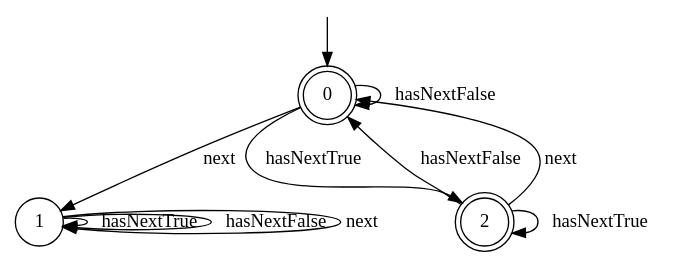
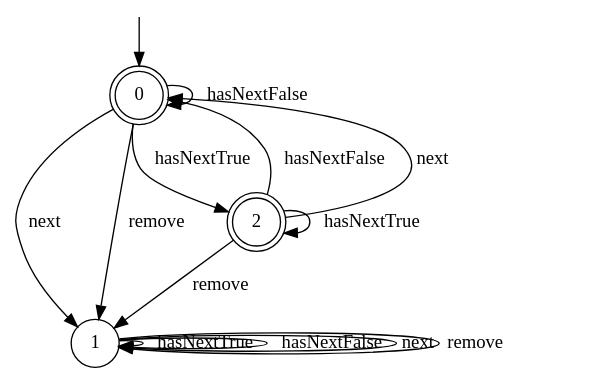
Before and after one commit to rasofema/fyp-specification-miner: the diagram in hyp.dot, drawn with Graphviz. The commit also changed 1 other file, not shown here.

```diff
--- a/hyp.dot
+++ b/hyp.dot
@@ -1,19 +1,22 @@
 digraph g {
 
 	s0 [shape="doublecircle" label="0"];
 	s1 [shape="circle" label="1"];
 	s2 [shape="doublecircle" label="2"];
 	s0 -> s2 [label="hasNextTrue"];
 	s0 -> s0 [label="hasNextFalse"];
 	s0 -> s1 [label="next"];
+	s0 -> s1 [label="remove"];
 	s1 -> s1 [label="hasNextTrue"];
 	s1 -> s1 [label="hasNextFalse"];
 	s1 -> s1 [label="next"];
+	s1 -> s1 [label="remove"];
 	s2 -> s2 [label="hasNextTrue"];
 	s2 -> s0 [label="hasNextFalse"];
 	s2 -> s0 [label="next"];
+	s2 -> s1 [label="remove"];
 
 __start0 [label="" shape="none" width="0" height="0"];
 __start0 -> s0;
 
 }
```
